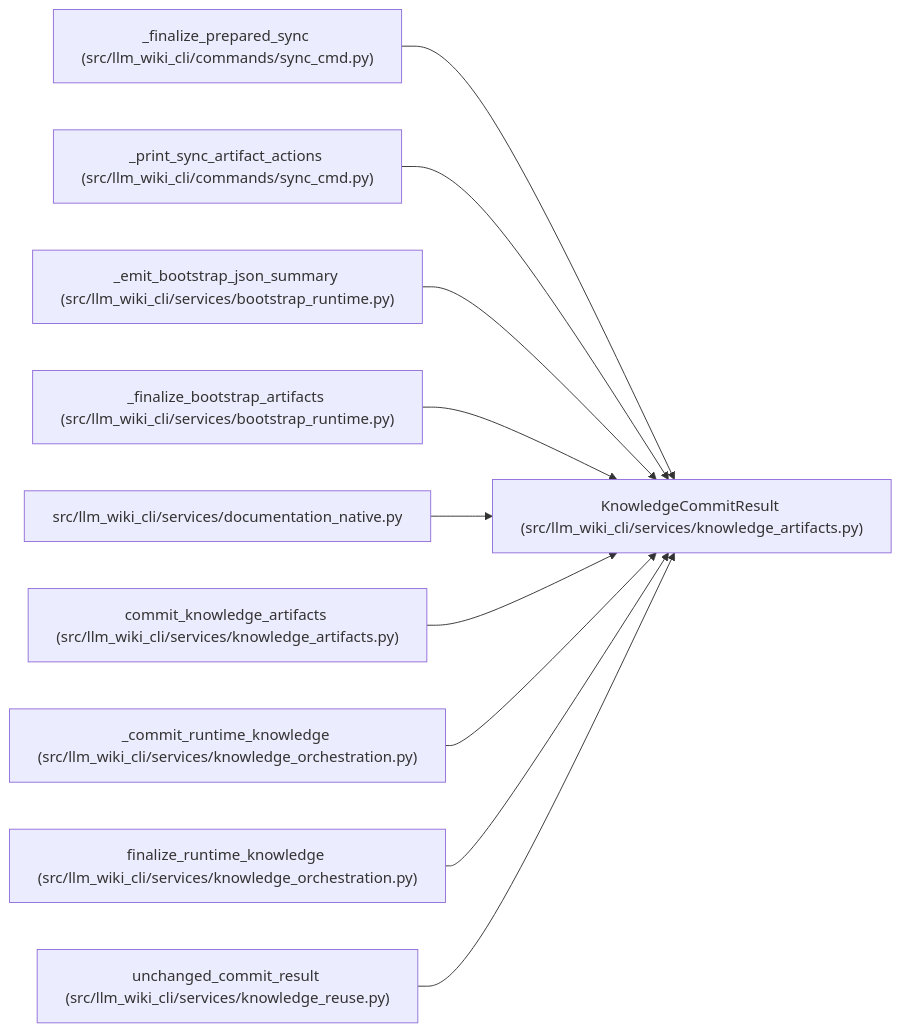
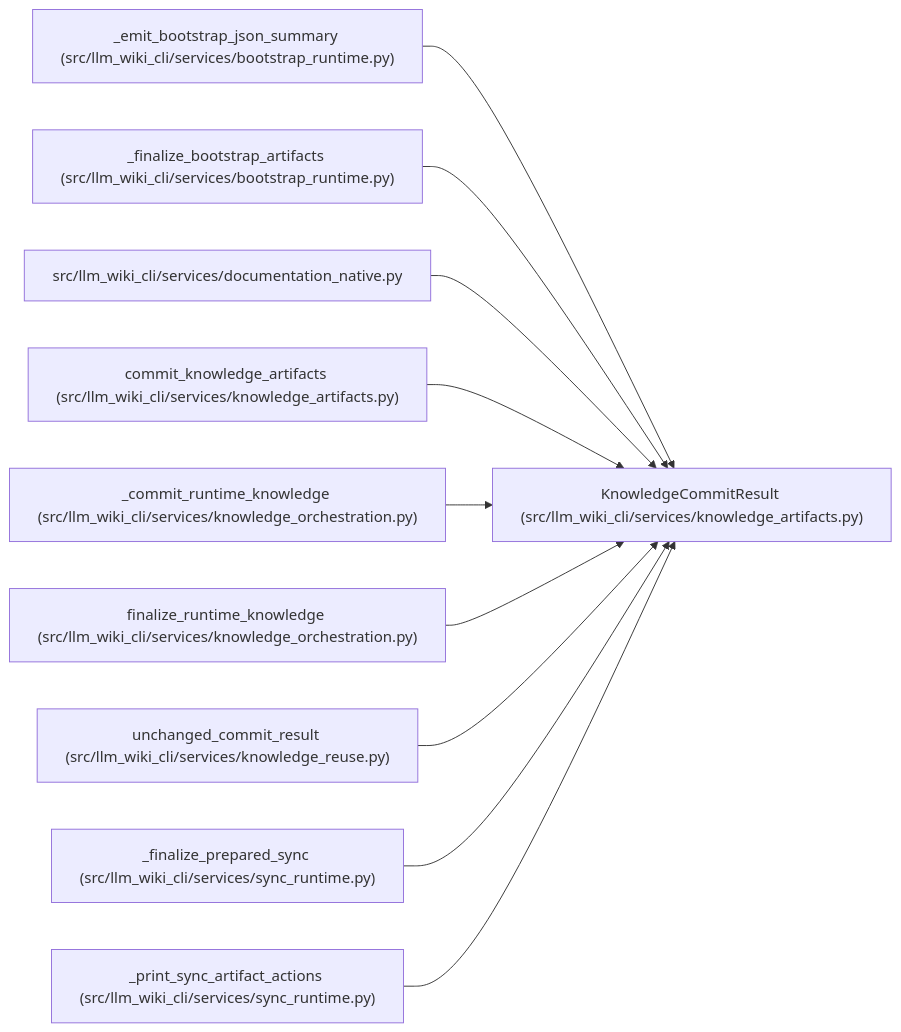
The diagram in docs/llm_wiki/entities/KnowledgeCommitResult.md (Denissvgn/python-wiki-llm), drawn with Mermaid before and after one commit. The commit also changed other lines of this file and 1555 other files, not shown here.

````diff
--- a/docs/llm_wiki/entities/KnowledgeCommitResult.md
+++ b/docs/llm_wiki/entities/KnowledgeCommitResult.md
@@ -37,32 +37,32 @@
 ```mermaid
 flowchart LR
     n0["KnowledgeCommitResult (src/llm_wiki_cli/services/knowledge_artifacts.py)"]
-    n1["_finalize_prepared_sync (src/llm_wiki_cli/commands/sync_cmd.py)"]
-    n2["_print_sync_artifact_actions (src/llm_wiki_cli/commands/sync_cmd.py)"]
-    n3["_emit_bootstrap_json_summary (src/llm_wiki_cli/services/bootstrap_runtime.py)"]
-    n4["_finalize_bootstrap_artifacts (src/llm_wiki_cli/services/bootstrap_runtime.py)"]
-    n5["src/llm_wiki_cli/services/documentation_native.py"]
-    n6["commit_knowledge_artifacts (src/llm_wiki_cli/services/knowledge_artifacts.py)"]
-    n7["_commit_runtime_knowledge (src/llm_wiki_cli/services/knowledge_orchestration.py)"]
-    n8["finalize_runtime_knowledge (src/llm_wiki_cli/services/knowledge_orchestration.py)"]
-    n9["unchanged_commit_result (src/llm_wiki_cli/services/knowledge_reuse.py)"]
+    n1["_emit_bootstrap_json_summary (src/llm_wiki_cli/services/bootstrap_runtime.py)"]
+    n2["_finalize_bootstrap_artifacts (src/llm_wiki_cli/services/bootstrap_runtime.py)"]
+    n3["src/llm_wiki_cli/services/documentation_native.py"]
+    n4["commit_knowledge_artifacts (src/llm_wiki_cli/services/knowledge_artifacts.py)"]
+    n5["_commit_runtime_knowledge (src/llm_wiki_cli/services/knowledge_orchestration.py)"]
+    n6["finalize_runtime_knowledge (src/llm_wiki_cli/services/knowledge_orchestration.py)"]
+    n7["unchanged_commit_result (src/llm_wiki_cli/services/knowledge_reuse.py)"]
+    n8["_finalize_prepared_sync (src/llm_wiki_cli/services/sync_runtime.py)"]
+    n9["_print_sync_artifact_actions (src/llm_wiki_cli/services/sync_runtime.py)"]
     n1 --> n0
     n2 --> n0
     n3 --> n0
     n4 --> n0
     n5 --> n0
     n6 --> n0
     n7 --> n0
     n8 --> n0
     n9 --> n0
     click n0 "../modules/knowledge_artifacts.md"
-    click n1 "../modules/sync_cmd.md"
-    click n2 "../modules/sync_cmd.md"
-    click n3 "../modules/bootstrap_runtime.md"
-    click n4 "../modules/bootstrap_runtime.md"
-    click n5 "../modules/documentation_native.md"
-    click n6 "../modules/knowledge_artifacts.md"
-    click n7 "../modules/knowledge_orchestration.md"
-    click n8 "../modules/knowledge_orchestration.md"
-    click n9 "../modules/knowledge_reuse.md"
+    click n1 "../modules/bootstrap_runtime.md"
+    click n2 "../modules/bootstrap_runtime.md"
+    click n3 "../modules/documentation_native.md"
+    click n4 "../modules/knowledge_artifacts.md"
+    click n5 "../modules/knowledge_orchestration.md"
+    click n6 "../modules/knowledge_orchestration.md"
+    click n7 "../modules/knowledge_reuse.md"
+    click n8 "../modules/sync_runtime.md"
+    click n9 "../modules/sync_runtime.md"
 ```
````
